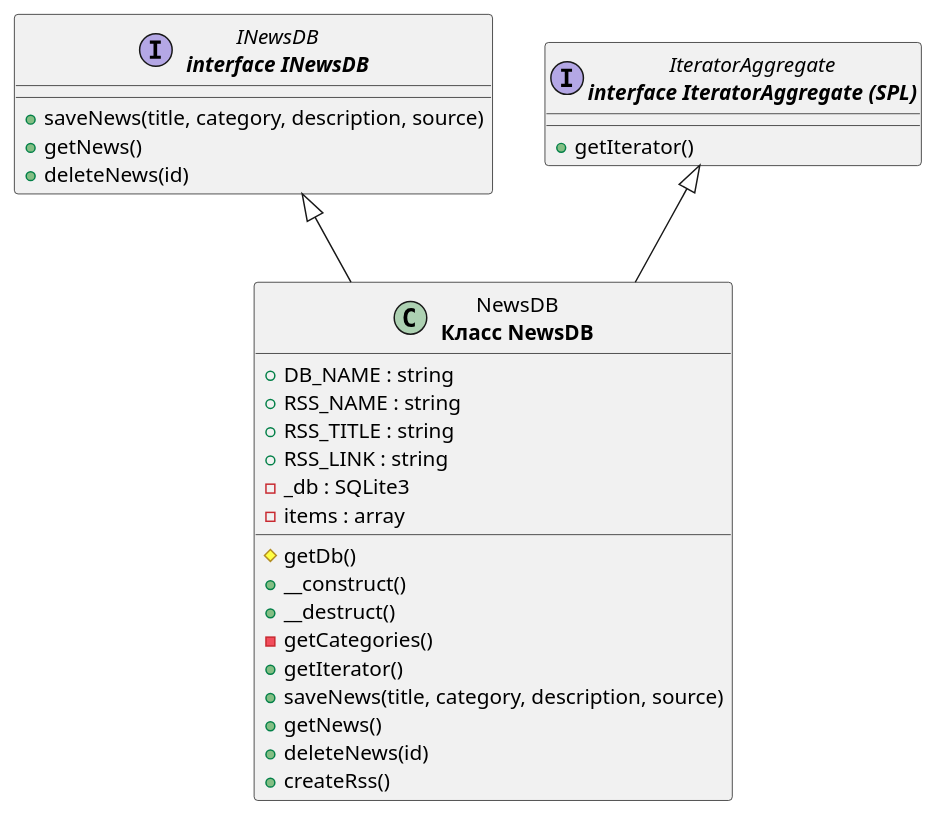
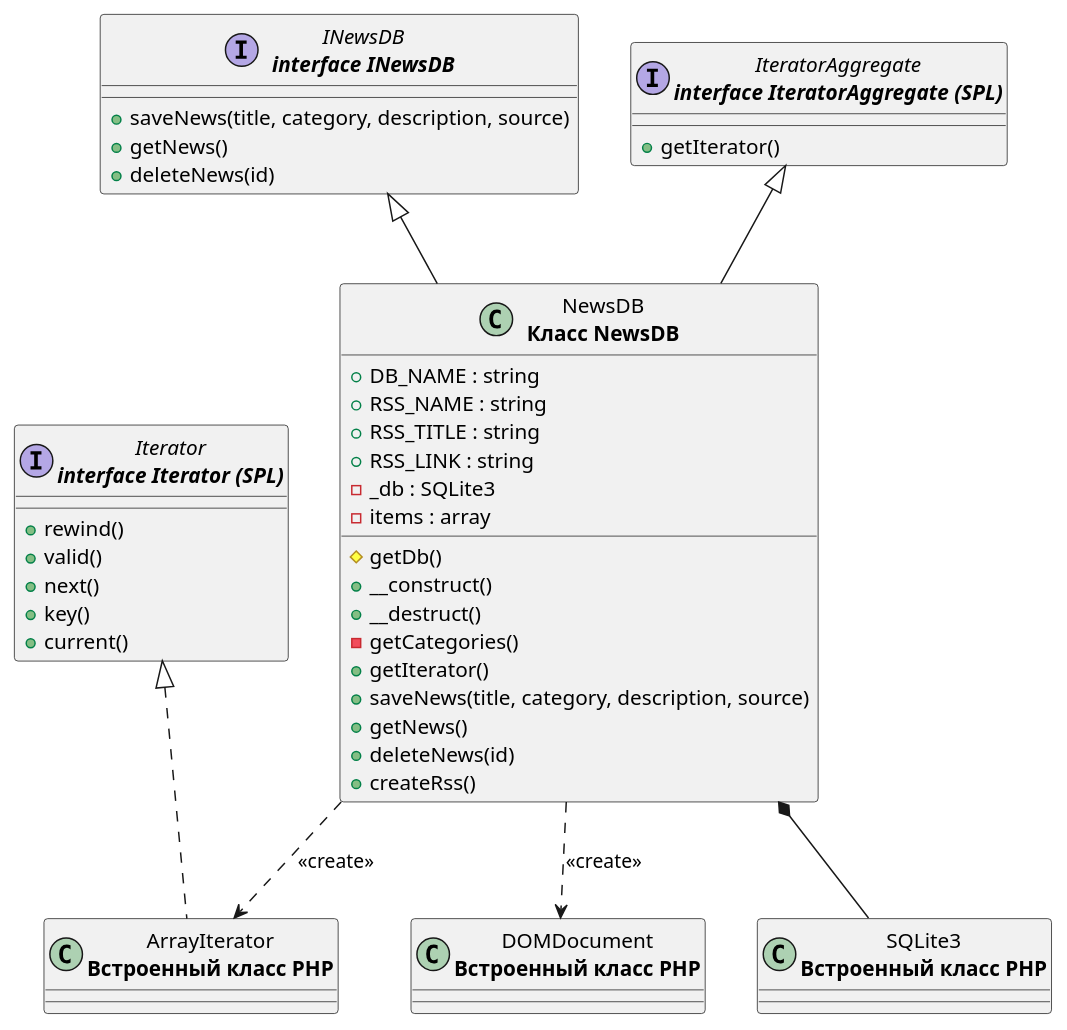
One commit to xImDoctor/web-labs changed the diagram in lab5/diagrams/news_diagram.puml. Above: the diagram before and after it, drawn with PlantUML. The commit also changed 2 other files, not shown here.

Commit message:
Upd lab5 diagram

```diff
--- a/lab5/diagrams/news_diagram.puml
+++ b/lab5/diagrams/news_diagram.puml
@@ -1,32 +1,50 @@
 @startuml class-diagram
   interface "INewsDB\n<b>interface INewsDB</b>" as INewsDB {
     +saveNews(title, category, description, source)
     +getNews()
     +deleteNews(id)
   }
 
   interface "IteratorAggregate\n<b>interface IteratorAggregate (SPL)</b>" as IteratorAggregate {
     +getIterator()
+  }
+
+  interface "Iterator\n<b>interface Iterator (SPL)</b>" as Iterator {
+    +rewind()
+    +valid()
+    +next()
+    +key()
+    +current()
   }
 
   class "NewsDB\n<b>Класс NewsDB</b>" as NewsDB {
     +DB_NAME : string
     +RSS_NAME : string
     +RSS_TITLE : string
     +RSS_LINK : string
     -_db : SQLite3
     -items : array
     #getDb()
     +__construct()
     +__destruct()
     -getCategories()
     +getIterator()
     +saveNews(title, category, description, source)
     +getNews()
     +deleteNews(id)
     +createRss()
   }
 
+  class "SQLite3\n<b>Встроенный класс PHP</b>" as SQLite3
+
+  class "ArrayIterator\n<b>Встроенный класс PHP</b>" as ArrayIterator
+
+  class "DOMDocument\n<b>Встроенный класс PHP</b>" as DOMDocument
+
   INewsDB <|-- NewsDB
   IteratorAggregate <|-- NewsDB
+  Iterator <|.. ArrayIterator
+  NewsDB *-- SQLite3
+  NewsDB ..> ArrayIterator : <<create>>
+  NewsDB ..> DOMDocument : <<create>>
 @enduml
```
